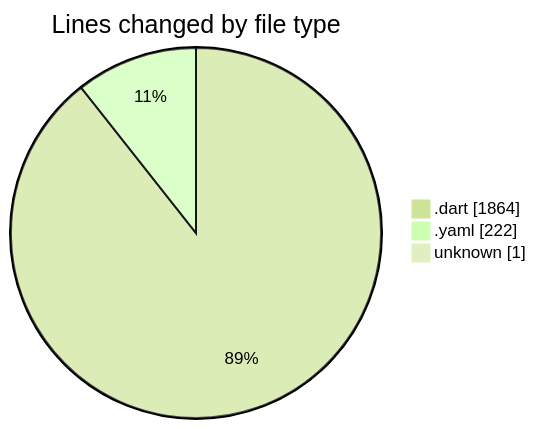
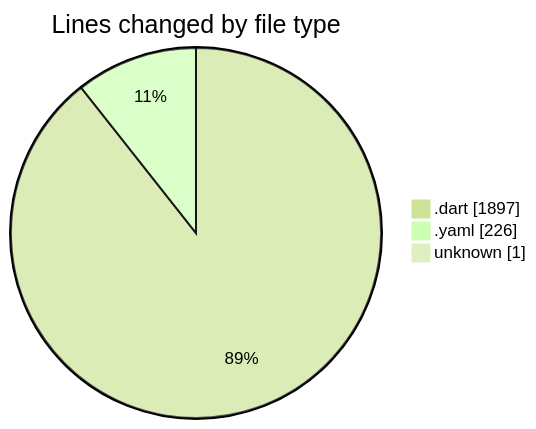
The first of 2 diagrams in 2025-03-08/uber_clone/README.md (donsfak/code-tracking), drawn with Mermaid (forest theme) before and after one commit. The commit also changed other lines of this file and 1 other file, not shown here.

````diff
--- a/2025-03-08/uber_clone/README.md
+++ b/2025-03-08/uber_clone/README.md
@@ -24,7 +24,7 @@
 ```mermaid
 pie showData
 title Lines changed by file type
-".dart" : 1864
-".yaml" : 222
+".dart" : 1897
+".yaml" : 226
 "unknown" : 1
 ```
````
